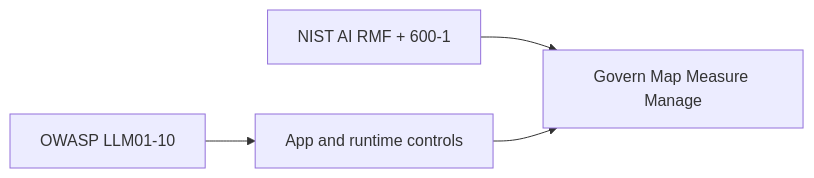
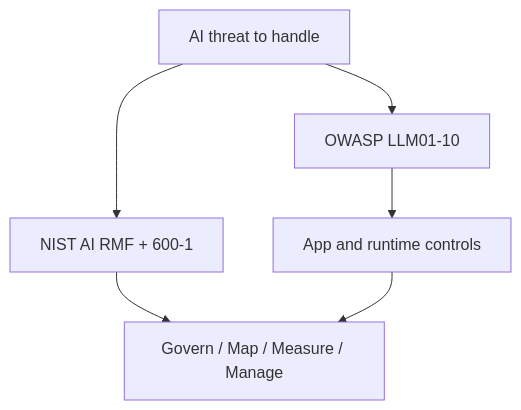
The diagram in 21-AI-SECURITY/03-logical.md (krishnaviswa/AiLearner), drawn with Mermaid before and after one commit. The commit also changed 109 other files, not shown here.

Commit message:
Enhance dependency graphs and styling across multiple HTML files. Added class definitions for various components to improve visual representation and organization. Updated flowcharts to include subgraphs for better clarity in the architecture and decision-making processes.

````diff
--- a/21-AI-SECURITY/03-logical.md
+++ b/21-AI-SECURITY/03-logical.md
@@ -41,6 +41,8 @@
 ```mermaid
-flowchart LR
-  O[OWASP LLM01-10] --> App[App and runtime controls]
-  N[NIST AI RMF + 600-1] --> Org[Govern Map Measure Manage]
+flowchart TD
+  Threat[AI threat to handle] --> O[OWASP LLM01-10]
+  Threat --> N[NIST AI RMF + 600-1]
+  O --> App[App and runtime controls]
+  N --> Org[Govern / Map / Measure / Manage]
   App --> Org
 ```
````
